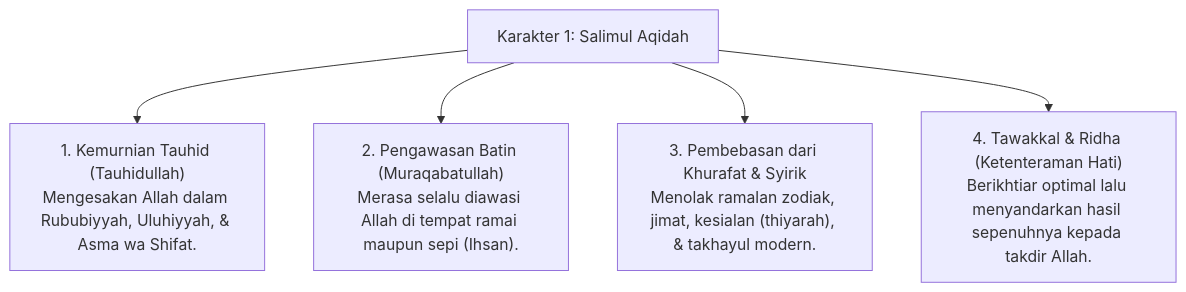
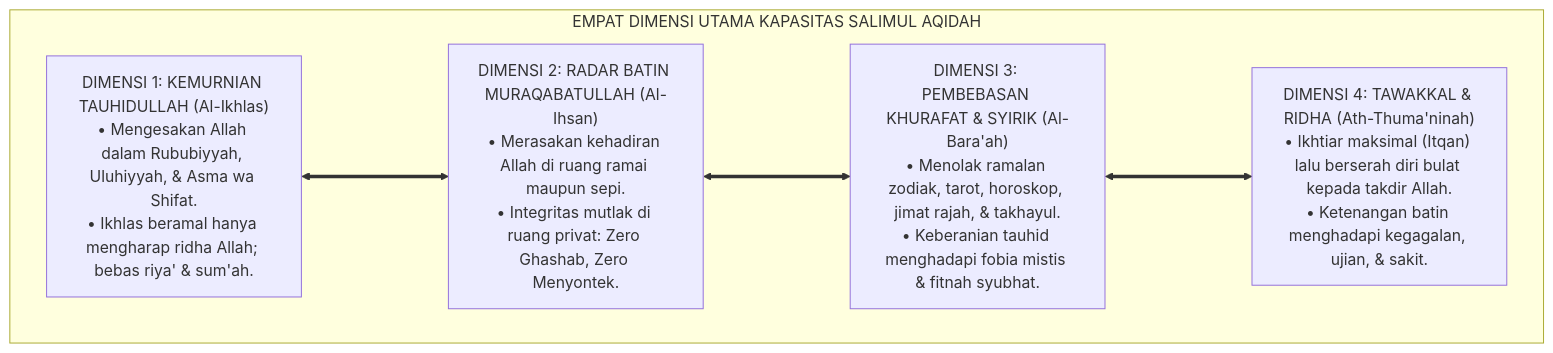
The fifth of 8 diagrams in 03 Capacity Framework/04 Salimul Aqidah/P3-04-Salimul-Aqidah-Induk.md (wandiapriliyandi/tumbuh), drawn with Mermaid before and after one commit. The commit also changed other lines of this file and 7 other files, not shown here.

Commit message:
feat(capacity-framework): complete 14 research monographs and master synthesis for Domain 04 Salimul Aqidah (Status A+)

````diff
--- a/03 Capacity Framework/04 Salimul Aqidah/P3-04-Salimul-Aqidah-Induk.md
+++ b/03 Capacity Framework/04 Salimul Aqidah/P3-04-Salimul-Aqidah-Induk.md
@@ -10,9 +169,15 @@
 ```mermaid
-graph TD
-    Aqidah["Karakter 1: Salimul Aqidah"]
-    
-    Aqidah --> D1["1. Kemurnian Tauhid (Tauhidullah)<br/>Mengesakan Allah dalam Rububiyyah, Uluhiyyah, & Asma wa Shifat."]
-    Aqidah --> D2["2. Pengawasan Batin (Muraqabatullah)<br/>Merasa selalu diawasi Allah di tempat ramai maupun sepi (Ihsan)."]
-    Aqidah --> D3["3. Pembebasan dari Khurafat & Syirik<br/>Menolak ramalan zodiak, jimat, kesialan (thiyarah), & takhayul modern."]
-    Aqidah --> D4["4. Tawakkal & Ridha (Ketenteraman Hati)<br/>Berikhtiar optimal lalu menyandarkan hasil sepenuhnya kepada takdir Allah."]
+flowchart TD
+    subgraph Arsitektur4DimensiSalimulAqidah["EMPAT DIMENSI UTAMA KAPASITAS SALIMUL AQIDAH"]
+        
+        D1["DIMENSI 1: KEMURNIAN TAUHIDULLAH (Al-Ikhlas)<br/>• Mengesakan Allah dalam Rububiyyah, Uluhiyyah, & Asma wa Shifat.<br/>• Ikhlas beramal hanya mengharap ridha Allah; bebas riya' & sum'ah."]
+        
+        D2["DIMENSI 2: RADAR BATIN MURAQABATULLAH (Al-Ihsan)<br/>• Merasakan kehadiran Allah di ruang ramai maupun sepi.<br/>• Integritas mutlak di ruang privat: Zero Ghashab, Zero Menyontek."]
+        
+        D3["DIMENSI 3: PEMBEBASAN KHURAFAT & SYIRIK (Al-Bara'ah)<br/>• Menolak ramalan zodiak, tarot, horoskop, jimat rajah, & takhayul.<br/>• Keberanian tauhid menghadapi fobia mistis & fitnah syubhat."]
+        
+        D4["DIMENSI 4: TAWAKKAL & RIDHA (Ath-Thuma'ninah)<br/>• Ikhtiar maksimal (Itqan) lalu berserah diri bulat kepada takdir Allah.<br/>• Ketenangan batin menghadapi kegagalan, ujian, & sakit."]
+        
+        D1 <===> D2 <===> D3 <===> D4
+    end
 ```
````
